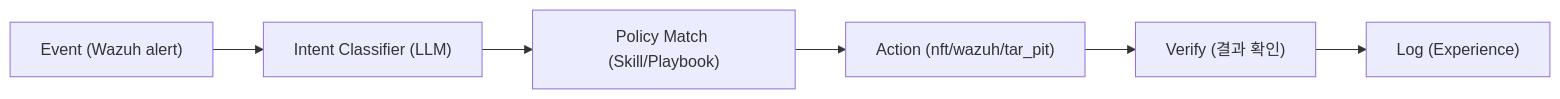
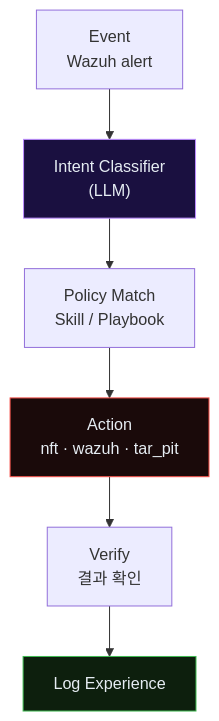
Before and after one commit to mrgrit/ccc: the first of 8 diagrams in contents/education/course19-agent-incident-response/week09/lecture.md, drawn with Mermaid. The commit also changed other lines of this file and 5 other files, not shown here.

First line of the commit message:
docs(course19): w9 상세화 + 기존 LR 다이어그램을 TB로 전환

````diff
--- a/contents/education/course19-agent-incident-response/week09/lecture.md
+++ b/contents/education/course19-agent-incident-response/week09/lecture.md
@@ -46,10 +46,13 @@
 ```mermaid
-flowchart LR
-    E["Event (Wazuh alert)"]
-    I["Intent Classifier (LLM)"]
-    P["Policy Match (Skill/Playbook)"]
-    A["Action (nft/wazuh/tar_pit)"]
-    V["Verify (결과 확인)"]
-    L["Log (Experience)"]
+flowchart TB
+    E["Event<br/>Wazuh alert"]
+    I["Intent Classifier<br/>(LLM)"]
+    P["Policy Match<br/>Skill / Playbook"]
+    A["Action<br/>nft · wazuh · tar_pit"]
+    V["Verify<br/>결과 확인"]
+    L["Log Experience"]
     E --> I --> P --> A --> V --> L
+    style I fill:#1a1040,stroke:#bc8cff,color:#e6edf3
+    style A fill:#1a0a0a,stroke:#f85149,color:#e6edf3
+    style L fill:#0d1f0d,stroke:#3fb950,color:#e6edf3
 ```
````
